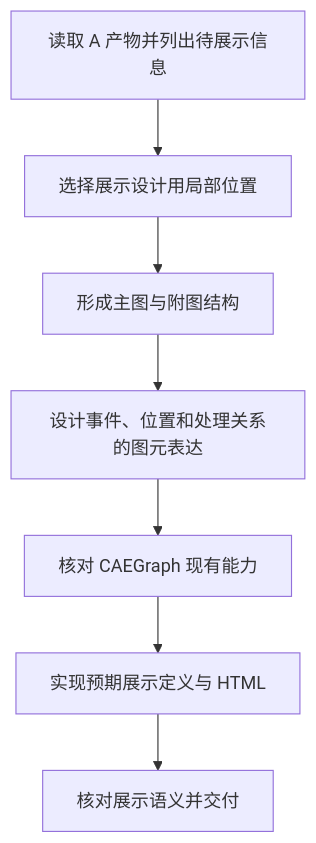
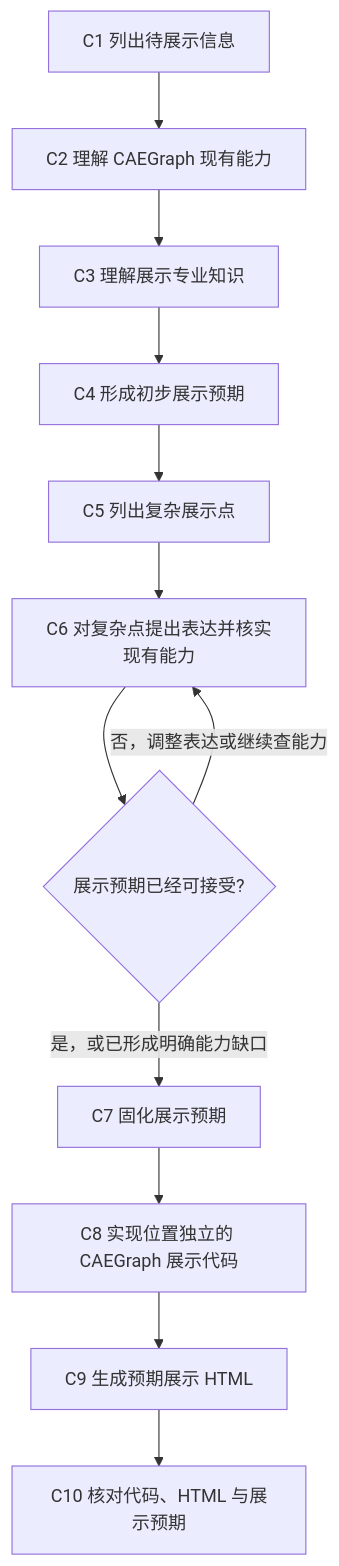
One commit to daowei2026/observe-iterate changed the diagram in skills/observation-material-preparation/caegraph-display-preparation/WORKFLOW.md. Above: the diagram before and after it, drawn with Mermaid. The commit also changed other lines of this file, not shown here.

````diff
--- a/skills/observation-material-preparation/caegraph-display-preparation/WORKFLOW.md
+++ b/skills/observation-material-preparation/caegraph-display-preparation/WORKFLOW.md
@@ -5,9 +5,14 @@
 ```mermaid
 flowchart TD
-  C1[读取 A 产物并列出待展示信息] --> C2[选择展示设计用局部位置]
-  C2 --> C3[形成主图与附图结构]
-  C3 --> C4[设计事件、位置和处理关系的图元表达]
-  C4 --> C5[核对 CAEGraph 现有能力]
-  C5 --> C6[实现预期展示定义与 HTML]
-  C6 --> C7[核对展示语义并交付]
+  C1[C1 列出待展示信息] --> C2[C2 理解 CAEGraph 现有能力]
+  C2 --> C3[C3 理解展示专业知识]
+  C3 --> C4[C4 形成初步展示预期]
+  C4 --> C5[C5 列出复杂展示点]
+  C5 --> C6[C6 对复杂点提出表达并核实现有能力]
+  C6 --> X{展示预期已经可接受?}
+  X -- 否，调整表达或继续查能力 --> C6
+  X -- 是，或已形成明确能力缺口 --> C7[C7 固化展示预期]
+  C7 --> C8[C8 实现位置独立的 CAEGraph 展示代码]
+  C8 --> C9[C9 生成预期展示 HTML]
+  C9 --> C10[C10 核对代码、HTML 与展示预期]
 ```
````
